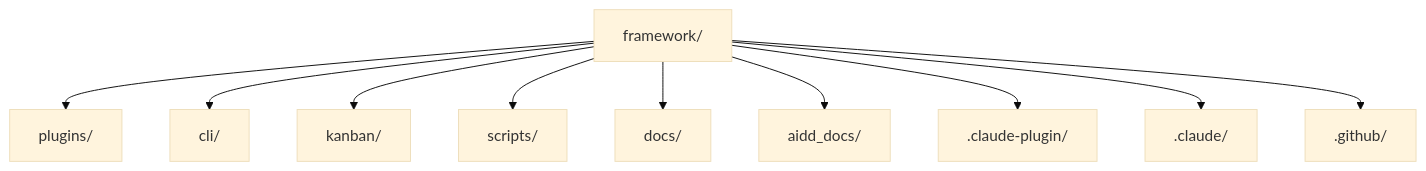
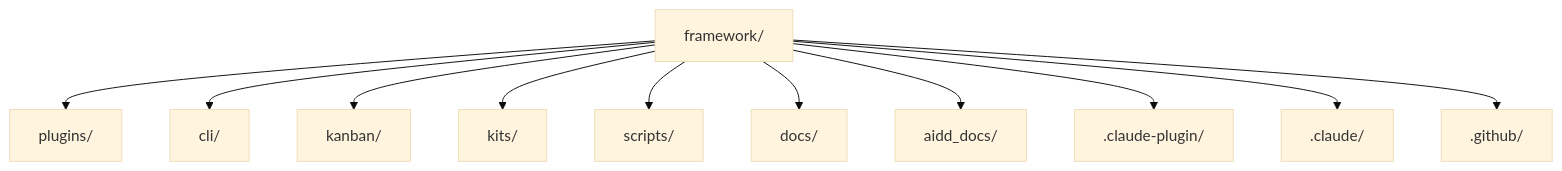
The diagram in aidd_docs/memory/codebase-map.md (ai-driven-dev/framework), drawn with Mermaid (base theme) before and after one commit. The commit also changed other lines of this file and 3 other files, not shown here.

````diff
--- a/aidd_docs/memory/codebase-map.md
+++ b/aidd_docs/memory/codebase-map.md
@@ -7,12 +7,13 @@
 ```mermaid
 flowchart TD
     Root["framework/"] --> Plugins["plugins/"]
     Root --> Cli["cli/"]
     Root --> Kanban["kanban/"]
+    Root --> Kits["kits/"]
     Root --> Scripts["scripts/"]
     Root --> Docs["docs/"]
     Root --> AiddDocs["aidd_docs/"]
     Root --> Manifest[".claude-plugin/"]
     Root --> Claude[".claude/"]
     Root --> GH[".github/"]
 ```
````
